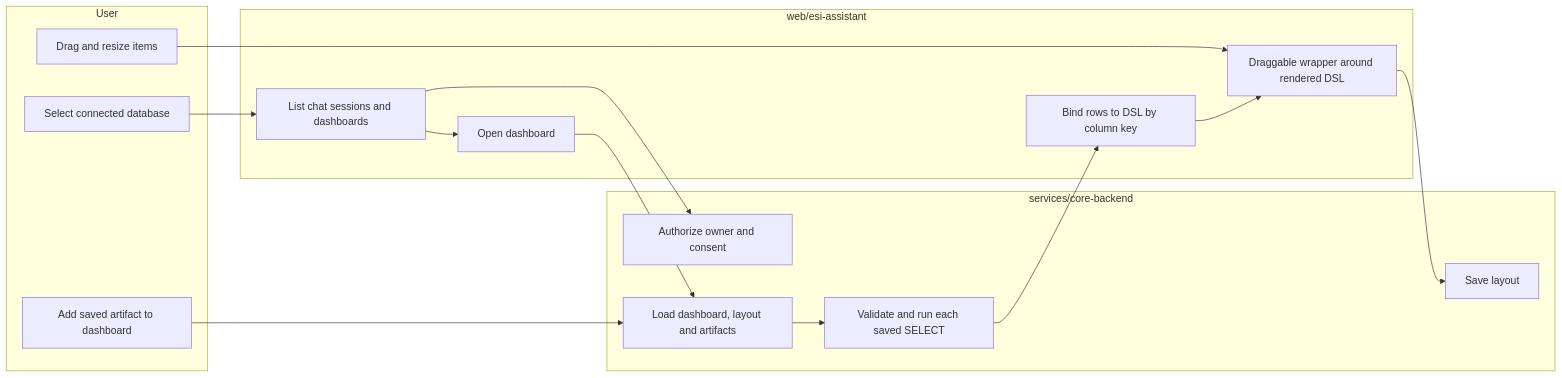
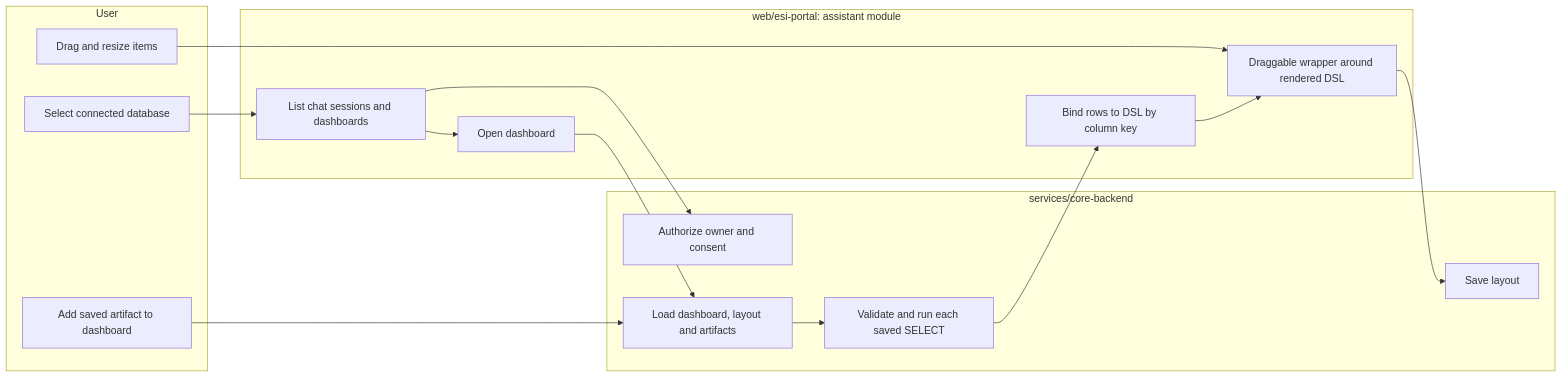
One commit to dtnam0899/edge-side-includes changed the second of 4 diagrams in docs/requirements/UR-1-bi-ai-assistant-web-application.md. Above: the diagram before and after it, drawn with Mermaid. The commit also changed other lines of this file and 12 other files, not shown here.

First line of the commit message:
docs(portal): make AI assistant an independent portal module

````diff
--- a/docs/requirements/UR-1-bi-ai-assistant-web-application.md
+++ b/docs/requirements/UR-1-bi-ai-assistant-web-application.md
@@ -210,24 +212,24 @@
 ```mermaid
 flowchart LR
   subgraph User
     U1[Select connected database]
     U2[Add saved artifact to dashboard]
     U3[Drag and resize items]
   end
-  subgraph Assistant["web/esi-assistant"]
+  subgraph Assistant["web/esi-portal: assistant module"]
     A1[List chat sessions and dashboards]
     A2[Open dashboard]
     A3[Draggable wrapper around rendered DSL]
     A4[Bind rows to DSL by column key]
   end
   subgraph Core["services/core-backend"]
     C1[Authorize owner and consent]
     C2[Load dashboard, layout and artifacts]
     C3[Validate and run each saved SELECT]
     C4[Save layout]
   end
   U1 --> A1 --> C1
   A1 --> A2 --> C2 --> C3 --> A4 --> A3
   U2 --> C2
   U3 --> A3 --> C4
 ```
````
